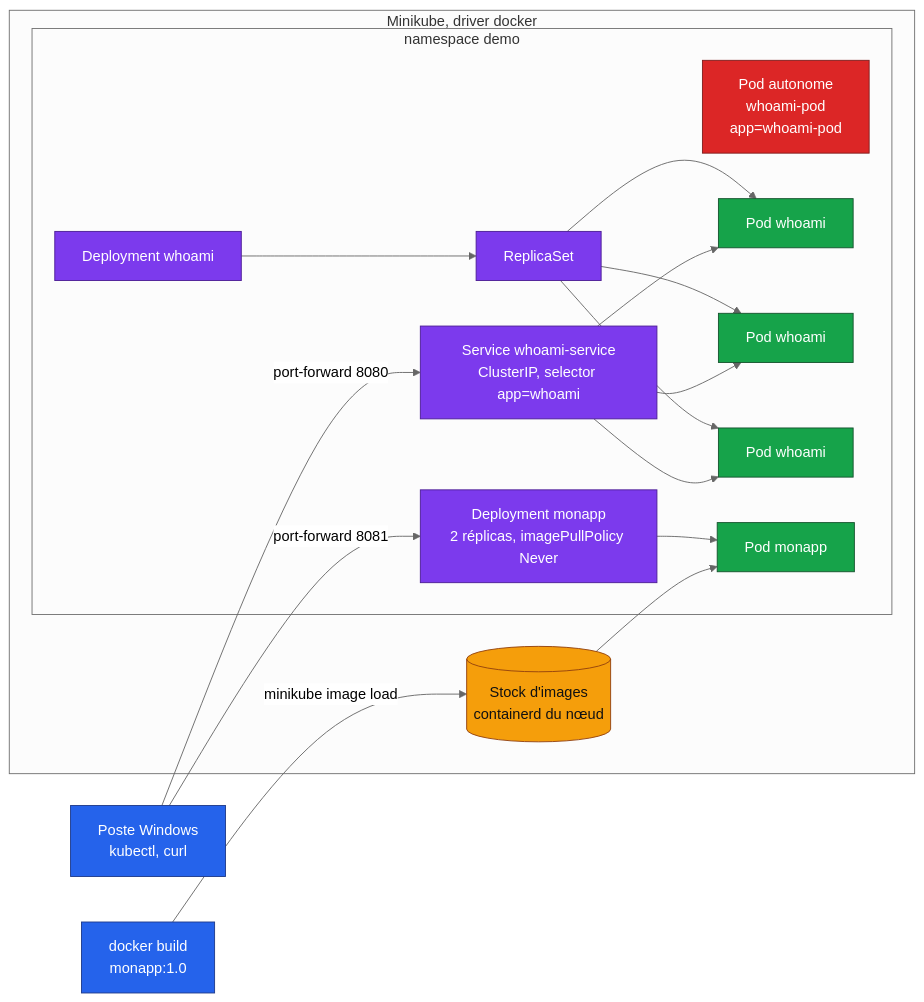
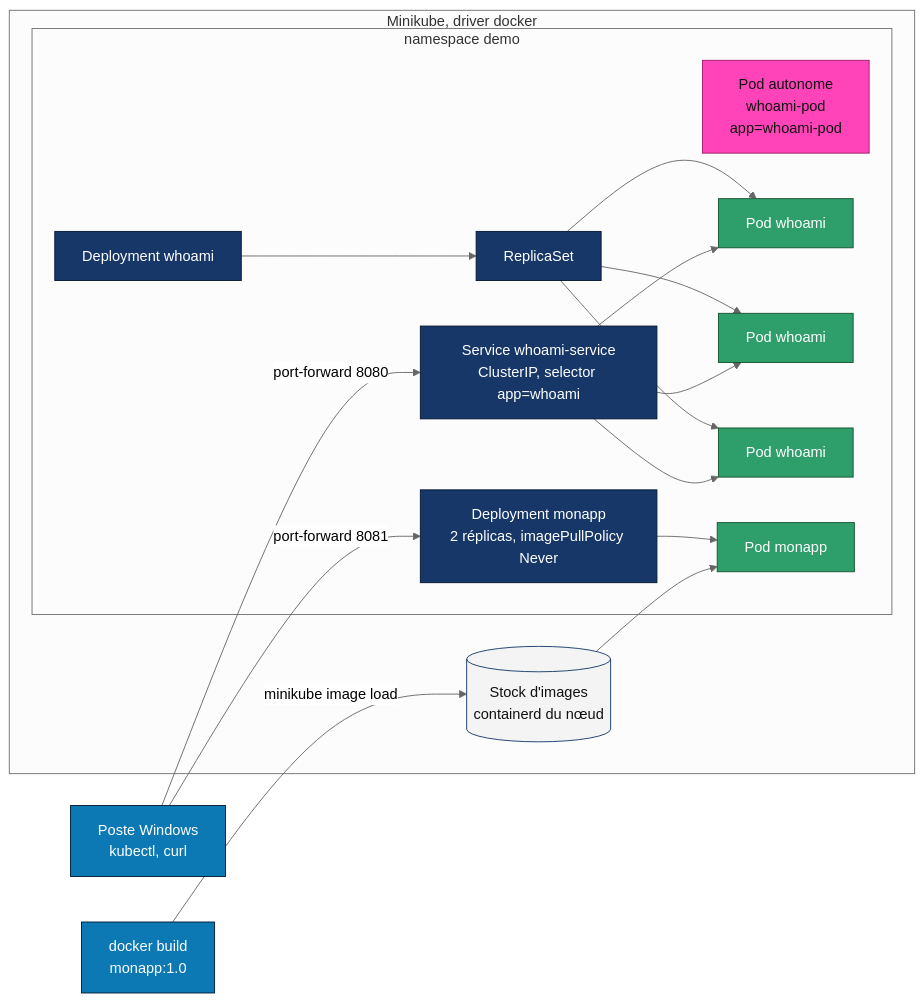
Before and after one commit to Adam-Blf/tp-kubernetes-minikube: the diagram in README.md, drawn with Mermaid (neutral theme). The commit also changed other lines of this file and 1 other file, not shown here.

````diff
--- a/README.md
+++ b/README.md
@@ -33,27 +39,27 @@
 ```mermaid
 flowchart LR
     dev[Poste Windows<br/>kubectl, curl]:::input
     subgraph mk[Minikube, driver docker]
         subgraph ns[namespace demo]
             pod[Pod autonome<br/>whoami-pod<br/>app=whoami-pod]:::error
             dep[Deployment whoami]:::process --> rs[ReplicaSet]:::process
             rs --> p1[Pod whoami]:::ok
             rs --> p2[Pod whoami]:::ok
             rs --> p3[Pod whoami]:::ok
             svc[Service whoami-service<br/>ClusterIP, selector app=whoami]:::process
             svc --> p1 & p2 & p3
             dep2[Deployment monapp<br/>2 réplicas, imagePullPolicy Never]:::process --> m1[Pod monapp]:::ok
         end
         store[(Stock d'images<br/>containerd du nœud)]:::store
     end
     img[docker build<br/>monapp:1.0]:::input -- minikube image load --> store
     store --> m1
     dev -- port-forward 8080 --> svc
     dev -- port-forward 8081 --> dep2
 
-    classDef input fill:#2563eb,stroke:#1e3a8a,color:#fff
-    classDef process fill:#7c3aed,stroke:#4c1d95,color:#fff
-    classDef store fill:#f59e0b,stroke:#92400e,color:#111
-    classDef ok fill:#16a34a,stroke:#14532d,color:#fff
-    classDef error fill:#dc2626,stroke:#7f1d1d,color:#fff
+    classDef input fill:#0C78B4,stroke:#051832,color:#fff
+    classDef process fill:#163767,stroke:#051832,color:#fff
+    classDef store fill:#F4F4F4,stroke:#163767,color:#111
+    classDef ok fill:#2E9E6B,stroke:#14532d,color:#fff
+    classDef error fill:#FF43B8,stroke:#9c1d6e,color:#111
 ```
````
